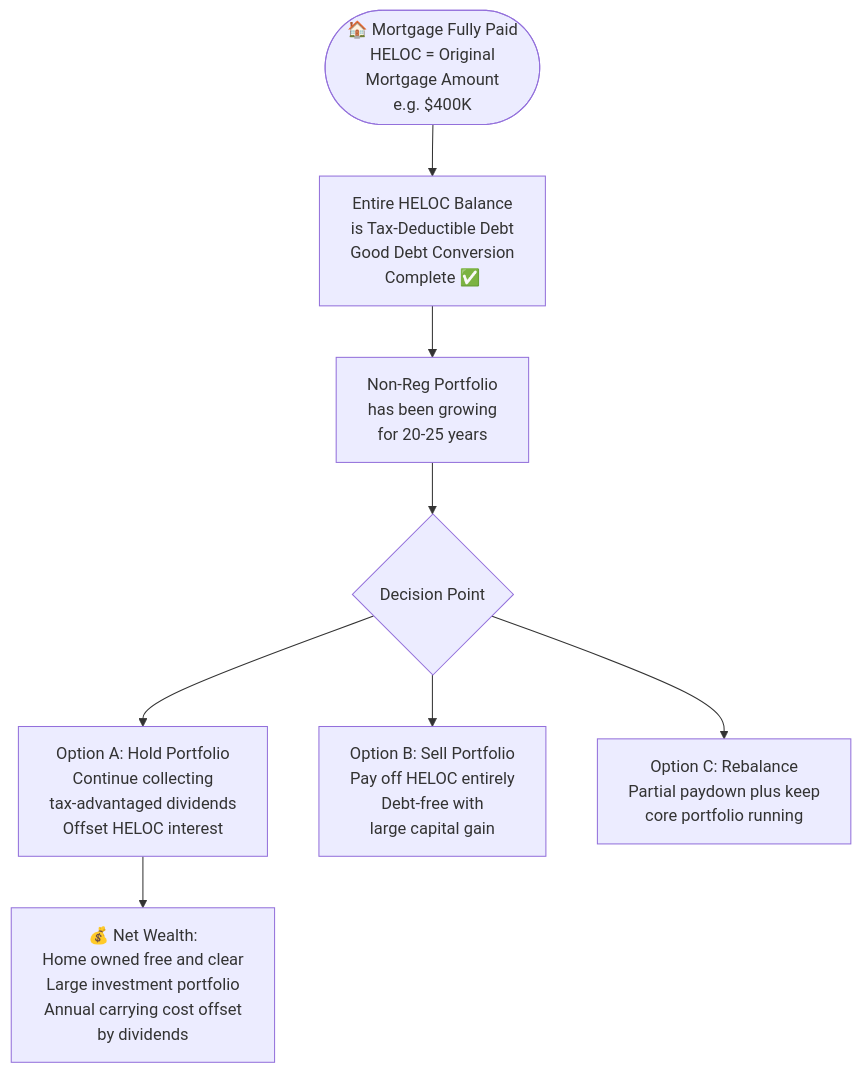
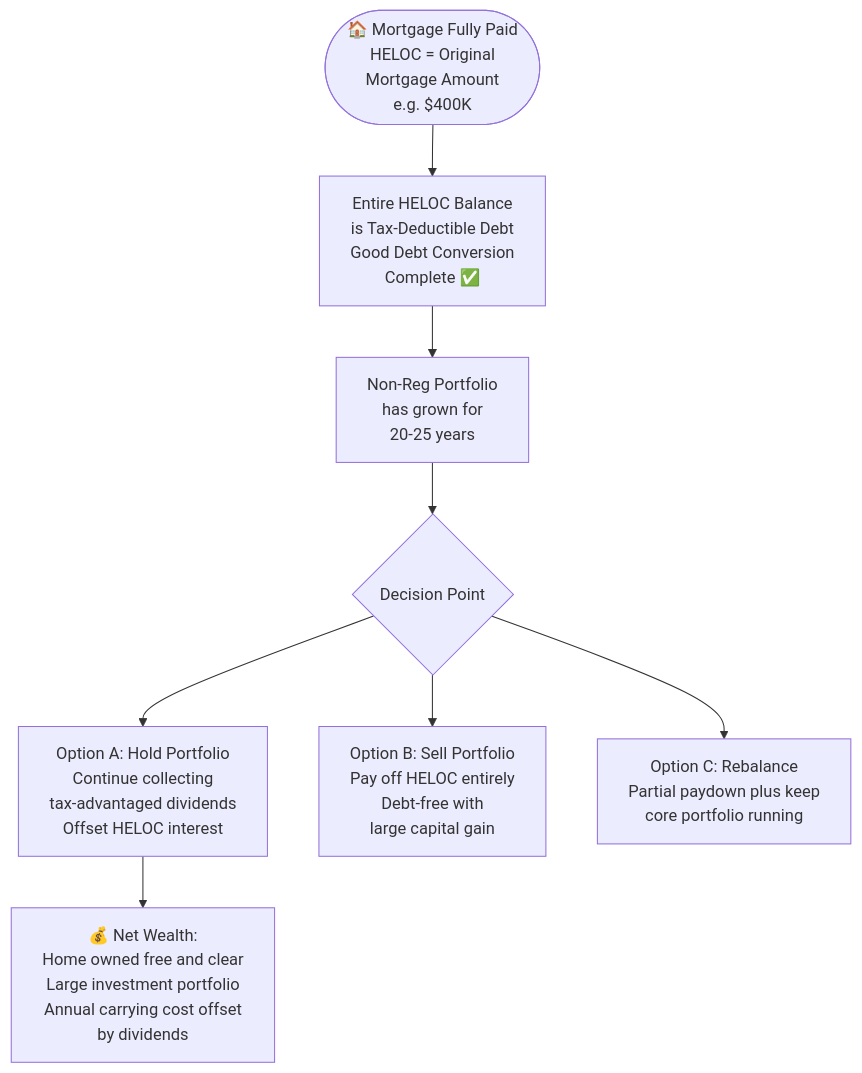
The seventh of 7 diagrams in README.md (latetedemelon/SmitheManeuver), drawn with Mermaid before and after one commit. The commit also changed other lines of this file, not shown here.

```diff
--- a/README.md
+++ b/README.md
@@ -827,10 +517,10 @@
       <div class="mermaid">
 flowchart TD
     A([🏠 Mortgage Fully Paid\nHELOC = Original\nMortgage Amount\ne.g. $400K]) --> B[Entire HELOC Balance\nis Tax-Deductible Debt\nGood Debt Conversion\nComplete ✅]
-    B --> C[Non-Reg Portfolio\nhas been growing\nfor 20-25 years]
+    B --> C[Non-Reg Portfolio\nhas grown for\n20-25 years]
     C --> D{Decision Point}
     D --> E[Option A: Hold Portfolio\nContinue collecting\ntax-advantaged dividends\nOffset HELOC interest]
     D --> F[Option B: Sell Portfolio\nPay off HELOC entirely\nDebt-free with\nlarge capital gain]
     D --> G[Option C: Rebalance\nPartial paydown plus keep\ncore portfolio running]
     E --> H[💰 Net Wealth:\nHome owned free and clear\nLarge investment portfolio\nAnnual carrying cost offset\nby dividends]
       </div>
```
